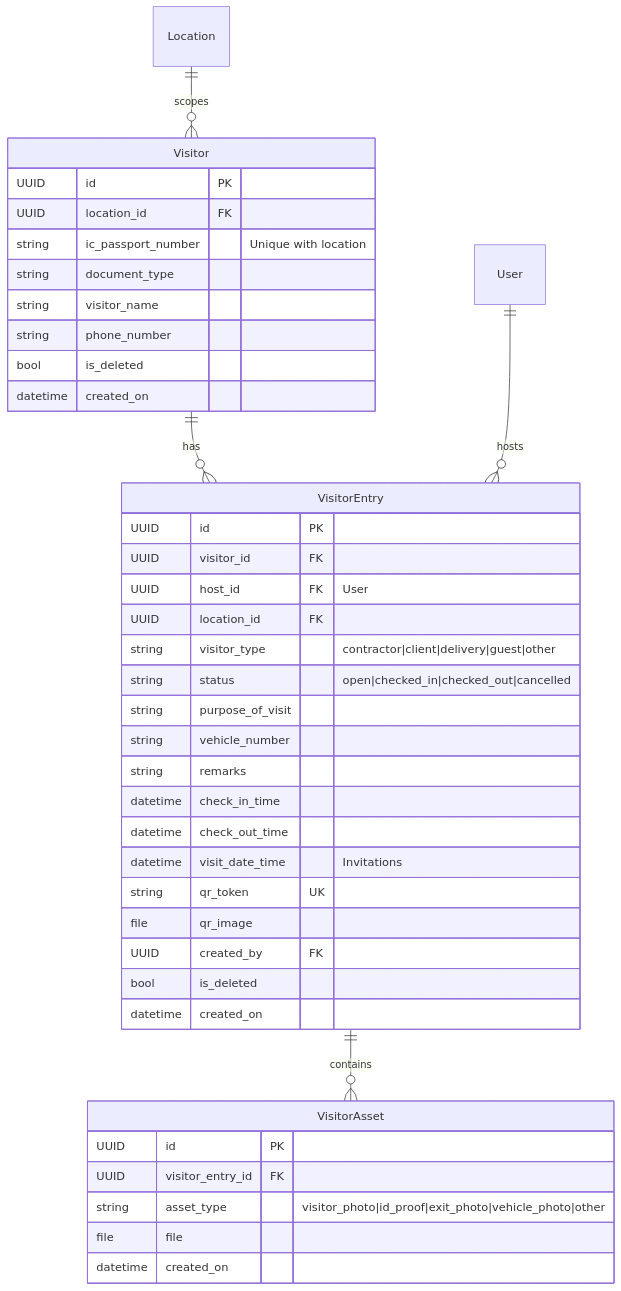
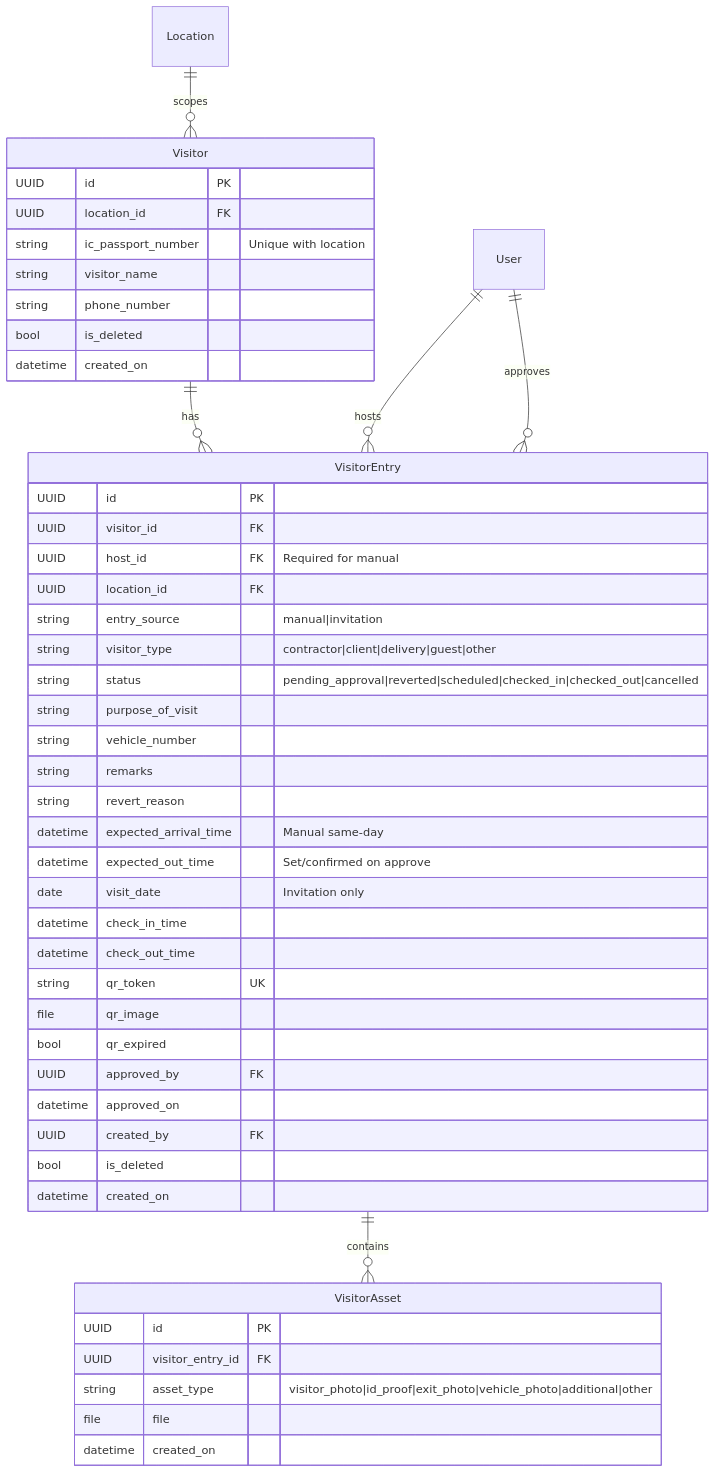
Before and after one commit to Win-Win-Tech/gtms: the diagram in patrol_backend/docs/vistor_management_implementation_plan.md, drawn with Mermaid. The commit also changed other lines of this file and 8 other files, not shown here.

````diff
--- a/patrol_backend/docs/vistor_management_implementation_plan.md
+++ b/patrol_backend/docs/vistor_management_implementation_plan.md
@@ -31,46 +73,53 @@
 ```mermaid
 erDiagram
     Location ||--o{ Visitor : scopes
     Visitor ||--o{ VisitorEntry : has
     VisitorEntry ||--o{ VisitorAsset : contains
     User ||--o{ VisitorEntry : hosts
+    User ||--o{ VisitorEntry : approves
 
     Visitor {
         UUID id PK
         UUID location_id FK
         string ic_passport_number "Unique with location"
-        string document_type
         string visitor_name
         string phone_number
         bool is_deleted
         datetime created_on
     }
 
     VisitorEntry {
         UUID id PK
         UUID visitor_id FK
-        UUID host_id FK "User"
+        UUID host_id FK "Required for manual"
         UUID location_id FK
+        string entry_source "manual|invitation"
         string visitor_type "contractor|client|delivery|guest|other"
-        string status "open|checked_in|checked_out|cancelled"
+        string status "pending_approval|reverted|scheduled|checked_in|checked_out|cancelled"
         string purpose_of_visit
         string vehicle_number
         string remarks
+        string revert_reason
+        datetime expected_arrival_time "Manual same-day"
+        datetime expected_out_time "Set/confirmed on approve"
+        date visit_date "Invitation only"
         datetime check_in_time
         datetime check_out_time
-        datetime visit_date_time "Invitations"
         string qr_token UK
         file qr_image
+        bool qr_expired
+        UUID approved_by FK
+        datetime approved_on
         UUID created_by FK
         bool is_deleted
         datetime created_on
     }
 
     VisitorAsset {
         UUID id PK
         UUID visitor_entry_id FK
-        string asset_type "visitor_photo|id_proof|exit_photo|vehicle_photo|other"
+        string asset_type "visitor_photo|id_proof|exit_photo|vehicle_photo|additional|other"
         file file
         datetime created_on
     }
 ```
````
